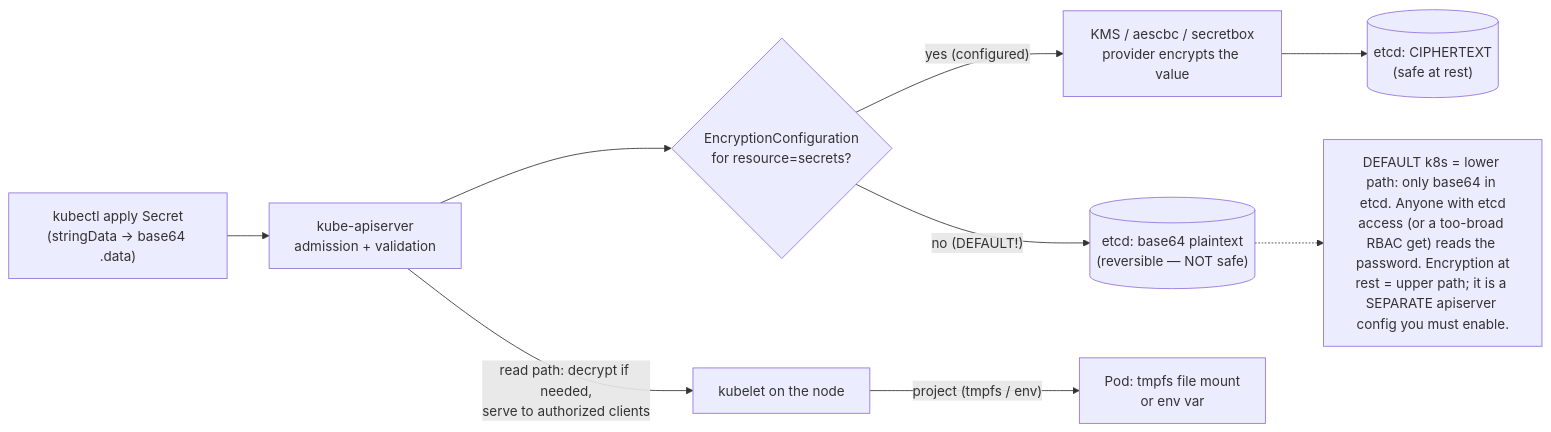
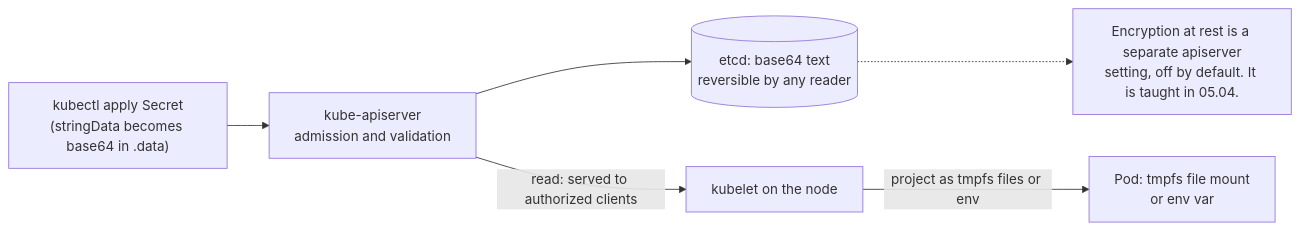
Before and after one commit to abd-ulbasit/bookstore-kubernetes-guide: the diagram in full-guide/03-config-and-storage/02-secrets.md, drawn with Mermaid. The commit also changed other lines of this file and 3 other files, not shown here.

First line of the commit message:
security-first 03.02: secrets, RBAC and immutability run on kind

````diff
--- a/full-guide/03-config-and-storage/02-secrets.md
+++ b/full-guide/03-config-and-storage/02-secrets.md
@@ -65,19 +75,14 @@
 ```mermaid
 flowchart LR
-    cl["kubectl apply Secret<br/>(stringData → base64 .data)"]
-    api["kube-apiserver<br/>admission + validation"]
-    enc{"EncryptionConfiguration<br/>for resource=secrets?"}
-    kms["KMS / aescbc / secretbox<br/>provider encrypts the value"]
-    etcdP[("etcd: CIPHERTEXT<br/>(safe at rest)")]
-    etcdC[("etcd: base64 plaintext<br/>(reversible — NOT safe)")]
+    cl["kubectl apply Secret<br/>(stringData becomes base64 in .data)"]
+    api["kube-apiserver<br/>admission and validation"]
+    etcd[("etcd: base64 text<br/>reversible by any reader")]
     kubelet["kubelet on the node"]
     pod["Pod: tmpfs file mount<br/>or env var"]
 
-    cl --> api --> enc
-    enc -- "yes (configured)" --> kms --> etcdP
-    enc -- "no (DEFAULT!)" --> etcdC
-    api -->|"read path: decrypt if needed,<br/>serve to authorized clients"| kubelet
-    kubelet -->|"project (tmpfs / env)"| pod
-    note["DEFAULT k8s = lower path: only base64 in etcd. Anyone with etcd<br/>access (or a too-broad RBAC get) reads the password. Encryption at<br/>rest = upper path; it is a SEPARATE apiserver config you must enable."]
-    etcdC -.-> note
+    cl --> api --> etcd
+    api -->|"read: served to authorized clients"| kubelet
+    kubelet -->|"project as tmpfs files or env"| pod
+    note["Encryption at rest is a separate apiserver<br/>setting, off by default. It is taught in 05.04."]
+    etcd -.-> note
 ```
````
